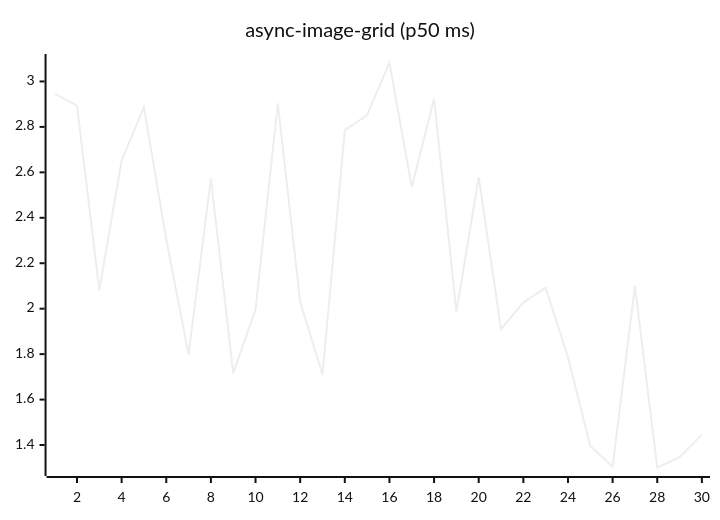
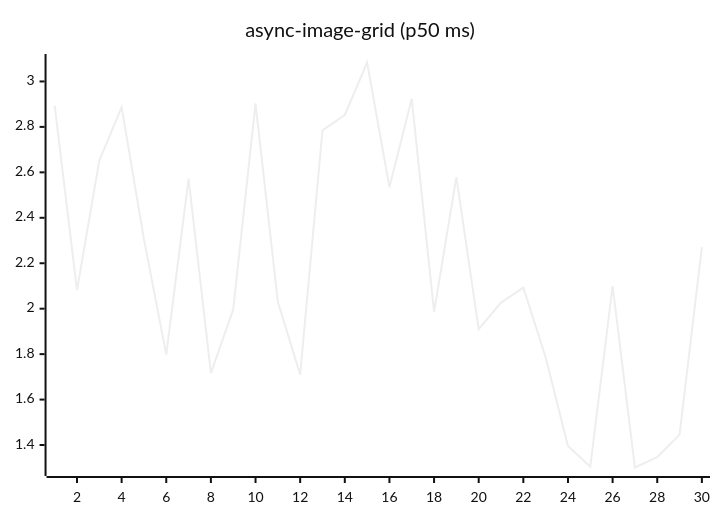
Before and after one commit to josha/Facet: the fifth of 27 diagrams in README.md, drawn with Mermaid (neutral theme). The commit also changed other lines of this file and 2 other files, not shown here.

````diff
--- a/README.md
+++ b/README.md
@@ -91,6 +91,6 @@
 ```mermaid
 xychart-beta
     title "async-image-grid (p50 ms)"
     x-axis 1 --> 30
-    line [2.9463, 2.8940, 2.0815, 2.6515, 2.8871, 2.3060, 1.7979, 2.5726, 1.7163, 1.9964, 2.9032, 2.0307, 1.7099, 2.7848, 2.8523, 3.0834, 2.5349, 2.9237, 1.9862, 2.5787, 1.9102, 2.0270, 2.0924, 1.7862, 1.3954, 1.3043, 2.1007, 1.3011, 1.3467, 1.4457]
+    line [2.8940, 2.0815, 2.6515, 2.8871, 2.3060, 1.7979, 2.5726, 1.7163, 1.9964, 2.9032, 2.0307, 1.7099, 2.7848, 2.8523, 3.0834, 2.5349, 2.9237, 1.9862, 2.5787, 1.9102, 2.0270, 2.0924, 1.7862, 1.3954, 1.3043, 2.1007, 1.3011, 1.3467, 1.4457, 2.2705]
 ```
````
